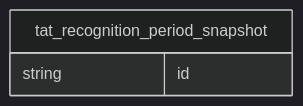
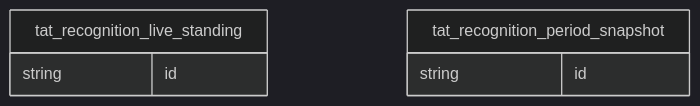
Before and after one commit to bedanavrvm/HB-Biogas-Telegram-Bot: the diagram in docs/database/tat_recognition.mmd, drawn with Mermaid (dark theme). The commit also changed 19 other files, not shown here.

```diff
--- a/docs/database/tat_recognition.mmd
+++ b/docs/database/tat_recognition.mmd
@@ -1,4 +1,7 @@
 erDiagram
+  tat_recognition_live_standing {
+    string id
+  }
   tat_recognition_period_snapshot {
     string id
   }
```
